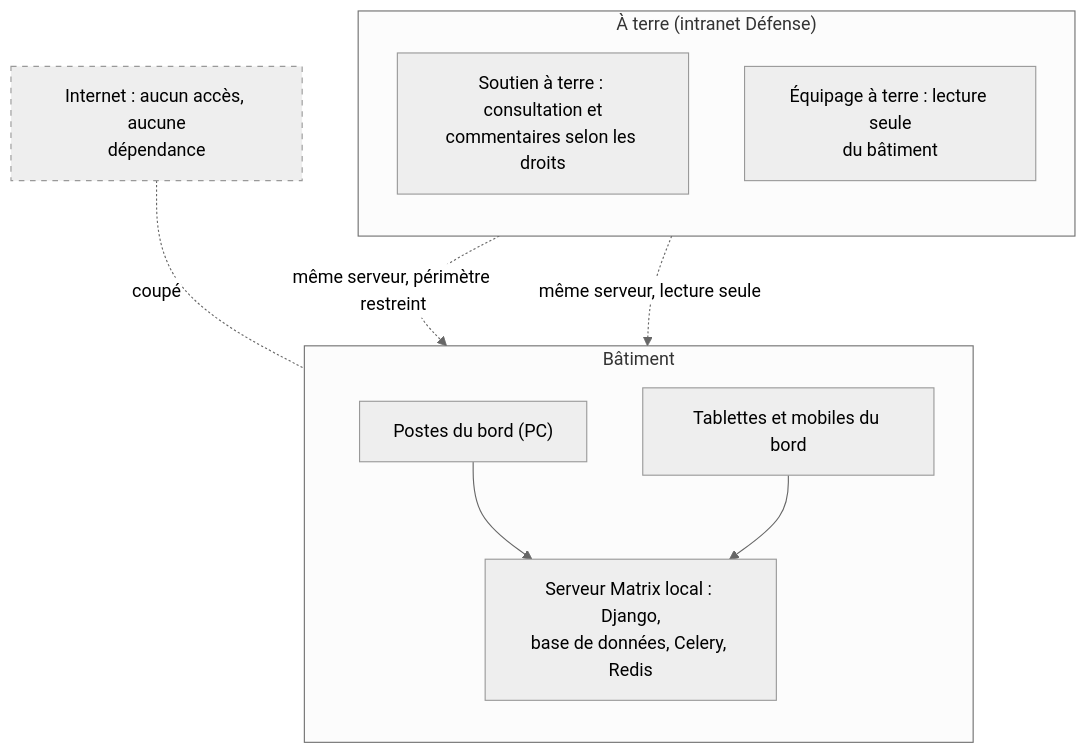
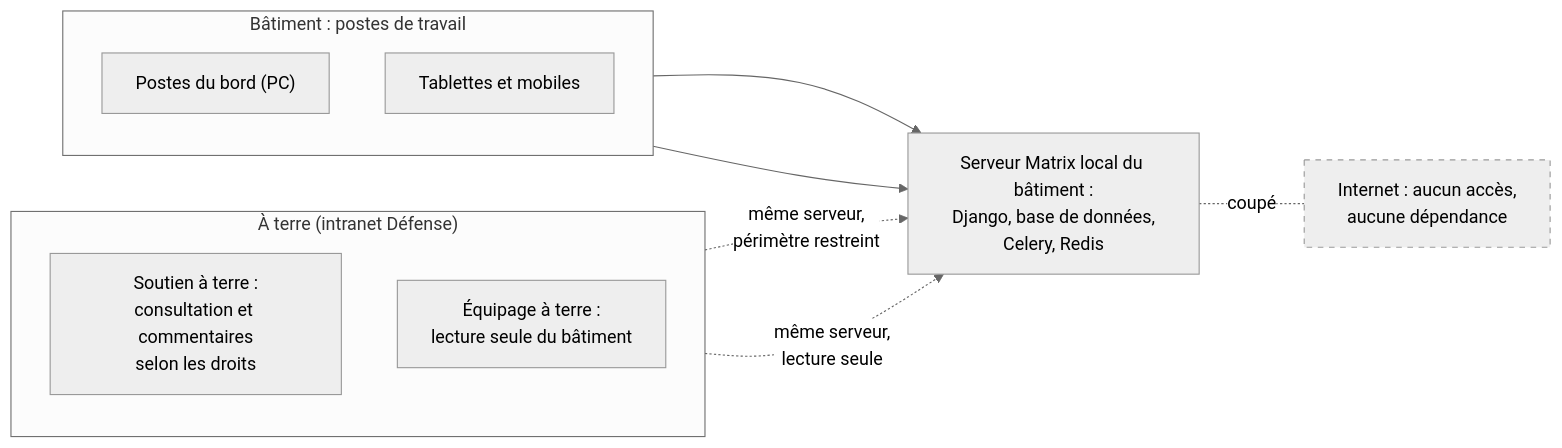
Before and after one commit to Mattrix2211/Matrix: the diagram in docs/dossier-technique/schemas/src/S01_contexte_reseau.mmd, drawn with Mermaid (neutral theme). The commit also changed 54 other files, not shown here.

```diff
--- a/docs/dossier-technique/schemas/src/S01_contexte_reseau.mmd
+++ b/docs/dossier-technique/schemas/src/S01_contexte_reseau.mmd
@@ -1,20 +1,19 @@
-flowchart TB
-  NET["Internet : aucun accès, aucune<br/>dépendance"]:::x
-  subgraph BORD["Bâtiment"]
-    direction TB
-    SRV["Serveur Matrix local : Django,<br/>base de données, Celery, Redis"]
-    PC["Postes du bord (PC)"]
-    TAB["Tablettes et mobiles du bord"]
-  end
+flowchart LR
   subgraph TERRE["À terre (intranet Défense)"]
     direction TB
-    SOUT["Soutien à terre : consultation et<br/>commentaires selon les droits"]
-    EQB["Équipage à terre : lecture seule<br/>du bâtiment"]
+    SOUT["Soutien à terre :<br/>consultation et commentaires<br/>selon les droits"]
+    EQB["Équipage à terre :<br/>lecture seule du bâtiment"]
   end
-  TAB ~~~ SOUT
+  subgraph POSTES["Bâtiment : postes de travail"]
+    direction TB
+    PC["Postes du bord (PC)"]
+    TAB["Tablettes et mobiles"]
+  end
+  SRV["Serveur Matrix local du bâtiment :<br/>Django, base de données,<br/>Celery, Redis"]
+  NET["Internet : aucun accès,<br/>aucune dépendance"]:::x
   PC --> SRV
   TAB --> SRV
-  SOUT -. "même serveur, périmètre restreint" .-> SRV
-  EQB -. "même serveur, lecture seule" .-> SRV
-  NET -. "coupé" .- SRV
+  SOUT -. "même serveur,<br/>périmètre restreint" .-> SRV
+  EQB -. "même serveur,<br/>lecture seule" .-> SRV
+  SRV -. "coupé" .- NET
   classDef x stroke-dasharray: 5 5
```
